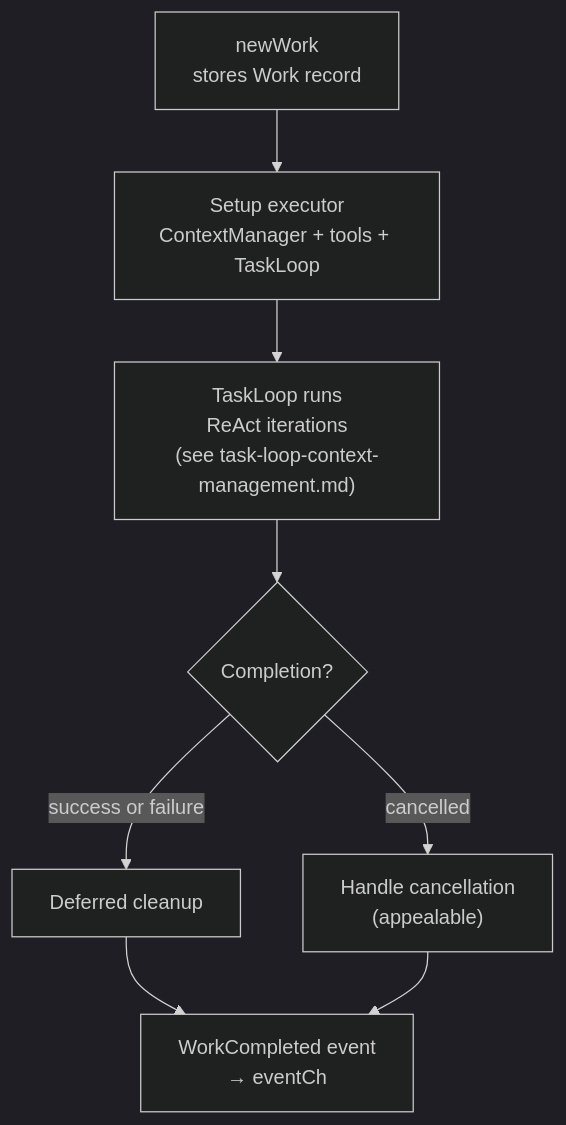
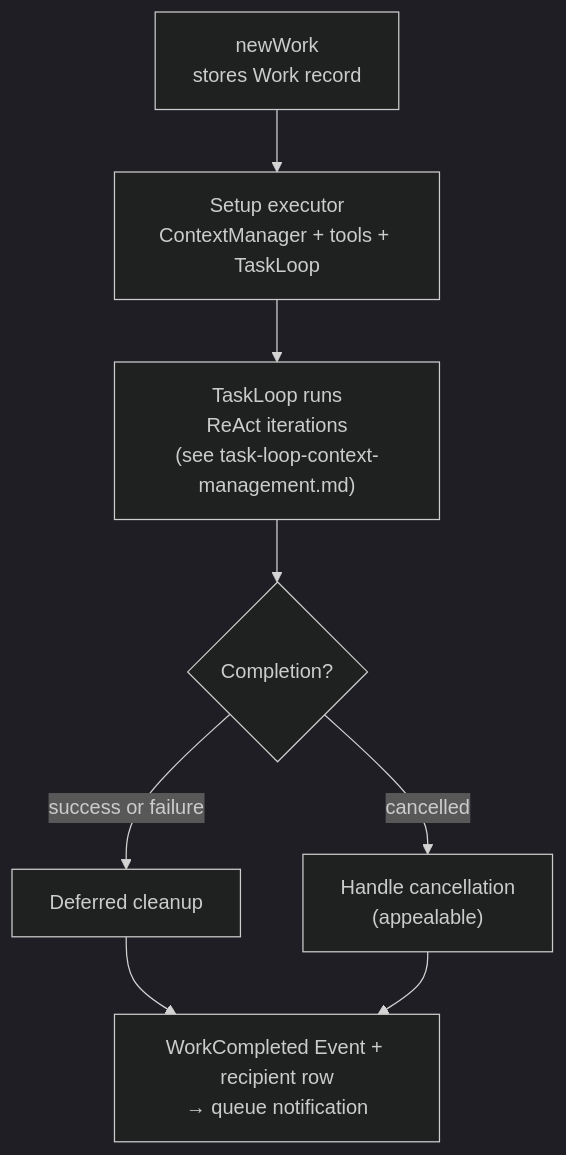
One commit to KoanJan/qingqiu-world changed the fifth of 9 diagrams in doc/engineering_implements/agent-runtime-event-loop.md. Above: the diagram before and after it, drawn with Mermaid (dark theme). The commit also changed other lines of this file and 35 other files, not shown here.

First line of the commit message:
Persist agent event deliveries and encapsulate queue consumption (#19)

````diff
--- a/doc/engineering_implements/agent-runtime-event-loop.md
+++ b/doc/engineering_implements/agent-runtime-event-loop.md
@@ -375,10 +350,10 @@
 ```mermaid
 flowchart TD
     Create["newWork<br/>stores Work record"] --> Setup["Setup executor<br/>ContextManager + tools + TaskLoop"]
     Setup --> Loop["TaskLoop runs<br/>ReAct iterations<br/>(see task-loop-context-management.md)"]
     Loop --> Complete{"Completion?"}
     Complete -->|success or failure| Deferred["Deferred cleanup"]
     Complete -->|cancelled| HandleCancel["Handle cancellation<br/>(appealable)"]
-    Deferred --> Done["WorkCompleted event<br/>→ eventCh"]
+    Deferred --> Done["WorkCompleted Event + recipient row<br/>→ queue notification"]
     HandleCancel --> Done
 ```
````
